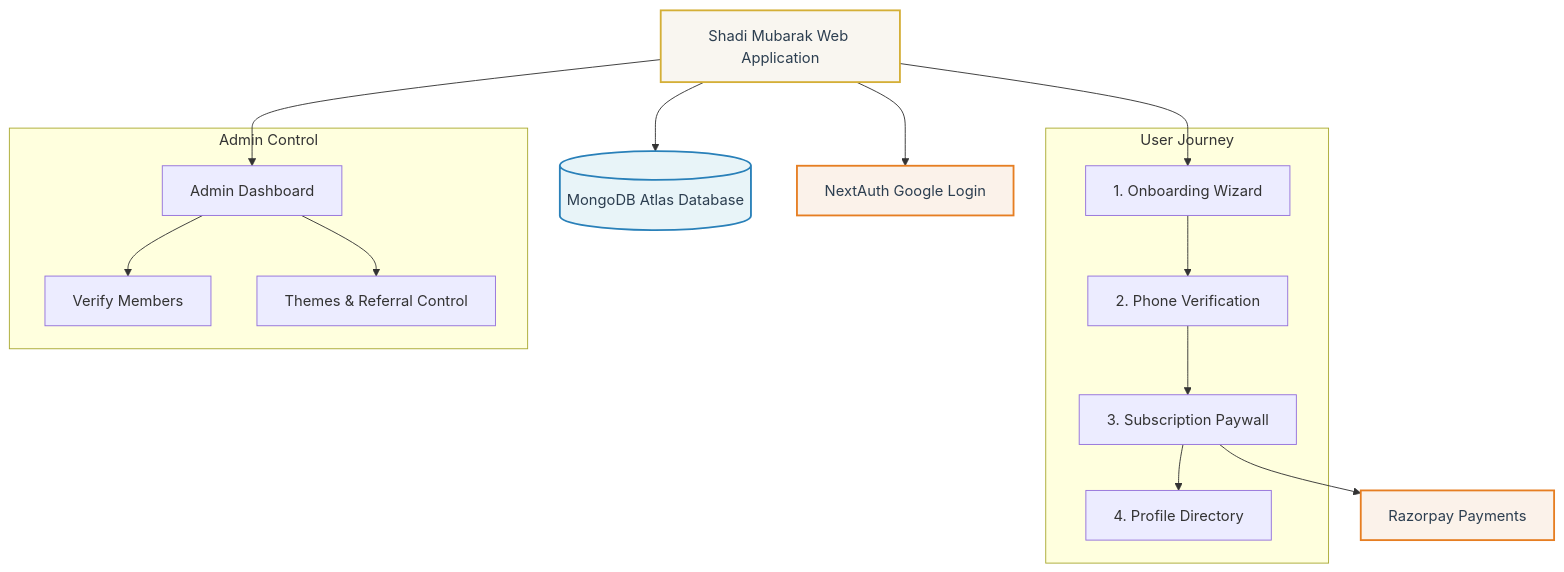
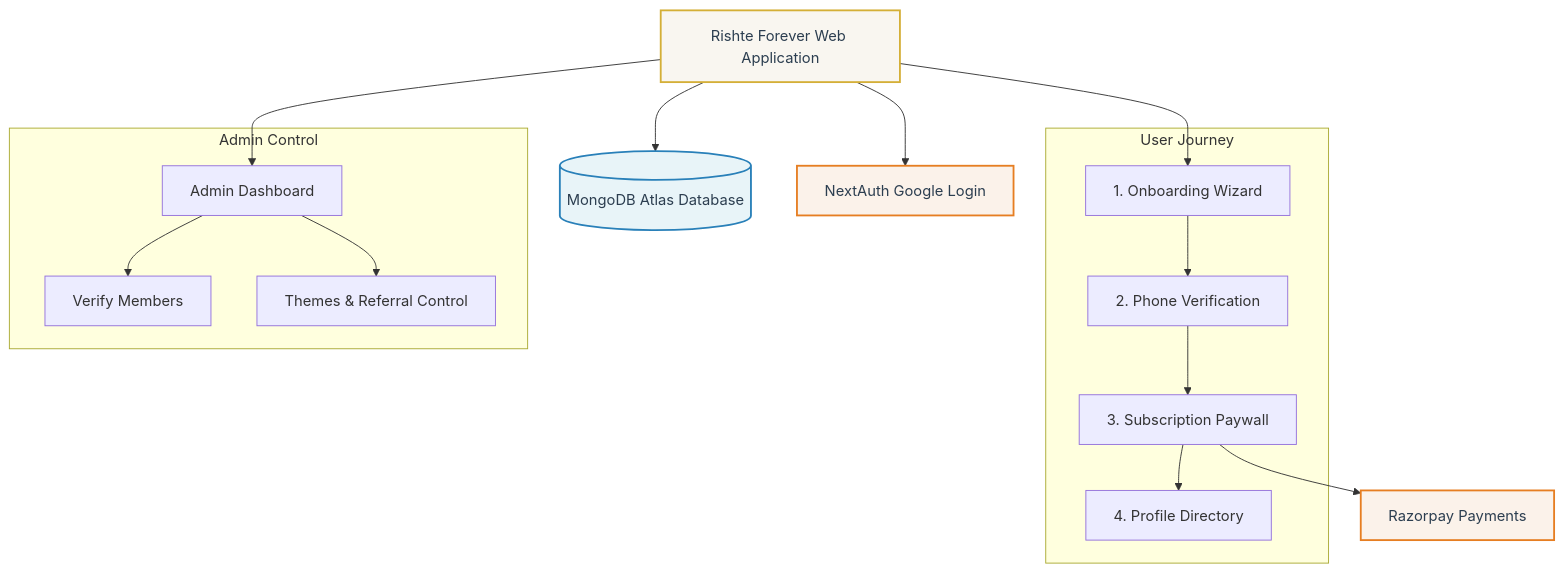
One commit to faizan1405/gulzar changed the diagram in PROJECT_NOTES.md. Above: the diagram before and after it, drawn with Mermaid. The commit also changed other lines of this file and 52 other files, not shown here.

Commit message:
Refactor code structure for improved readability and maintainability; removed redundant sections and optimized logic flow.

````diff
--- a/PROJECT_NOTES.md
+++ b/PROJECT_NOTES.md
@@ -39,34 +39,34 @@
 ```mermaid
 graph TD
     %% Styling
     classDef main fill:#f9f6f0,stroke:#d4af37,stroke-width:2px,color:#2c3e50;
     classDef database fill:#e8f4f8,stroke:#2980b9,stroke-width:2px,color:#2c3e50;
     classDef external fill:#fbf2ea,stroke:#e67e22,stroke-width:2px,color:#2c3e50;
     
     %% Main Architecture
-    App[Shadi Mubarak Web Application]:::main
+    App[Rishte Forever Web Application]:::main
     Database[(MongoDB Atlas Database)]:::database
     Auth[NextAuth Google Login]:::external
     Razorpay[Razorpay Payments]:::external
 
     App --> Auth
     App --> Database
 
     %% User Flow
     subgraph User Journey
         Onboarding[1. Onboarding Wizard] --> Verification[2. Phone Verification]
         Verification --> Paywall[3. Subscription Paywall]
         Paywall --> Search[4. Profile Directory]
     end
     
     App --> Onboarding
     Paywall --> Razorpay
 
     %% Admin Flow
     subgraph Admin Control
         AdminPanel[Admin Dashboard] --> MemberVerify[Verify Members]
         AdminPanel --> Settings[Themes & Referral Control]
     end
     
     App --> AdminPanel
 ```
````
